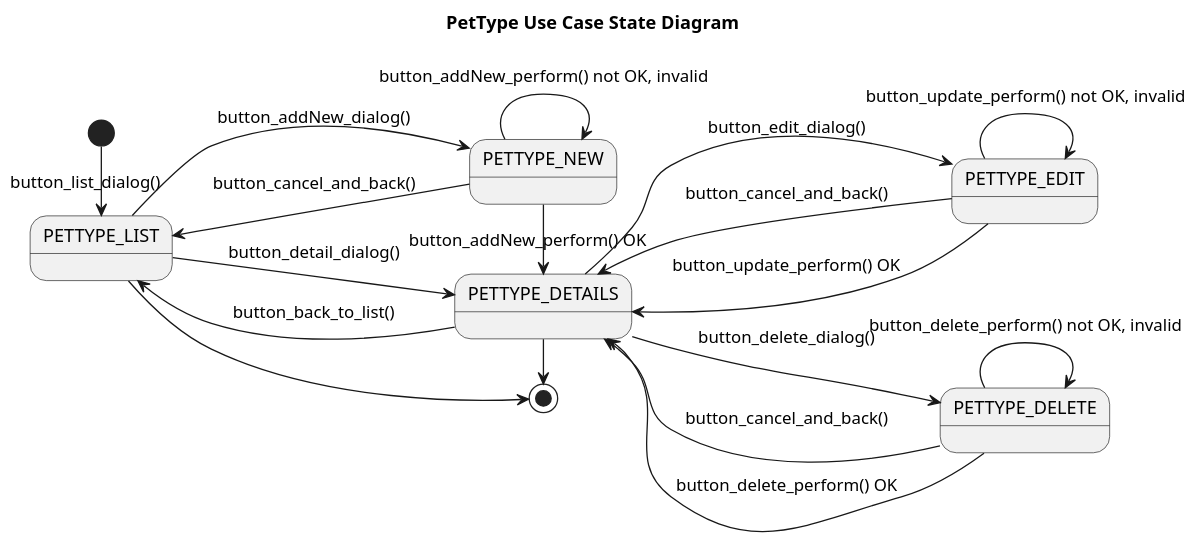
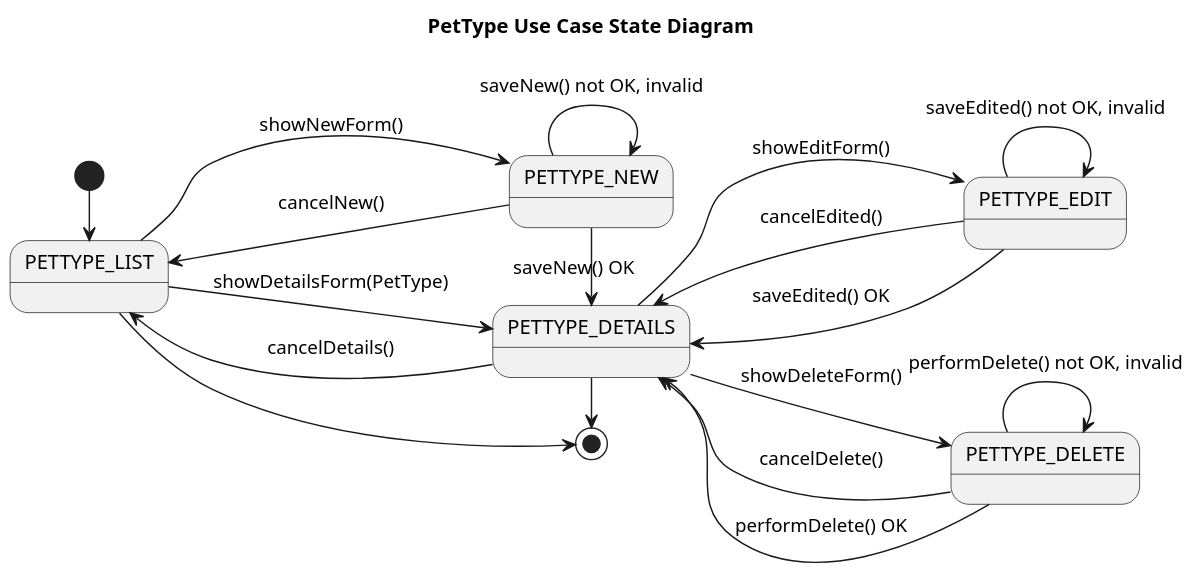
Before and after one commit to Jakarta-EE-Petclinic/petclinic-uml: the diagram in src/main/plantuml/owner/pettype/PetType__UseCase_State.puml, drawn with PlantUML. The commit also changed 4 other files, not shown here.

```diff
--- a/src/main/plantuml/owner/pettype/PetType__UseCase_State.puml
+++ b/src/main/plantuml/owner/pettype/PetType__UseCase_State.puml
@@ -1,41 +1,41 @@
 @startuml
 
 title PetType Use Case State Diagram
 
 'https://plantuml.com/state-diagram
 
 left to right direction
 'top to bottom direction
 
 scale 1200 width
 
-[*] -> PETTYPE_LIST: button_list_dialog()
+[*] -> PETTYPE_LIST
 
-PETTYPE_LIST --> PETTYPE_NEW : button_addNew_dialog()
-PETTYPE_NEW --> PETTYPE_LIST: button_cancel_and_back()
+PETTYPE_LIST --> PETTYPE_NEW : showNewForm()
+PETTYPE_NEW --> PETTYPE_LIST: cancelNew()
 state PETTYPE_NEW {
-    PETTYPE_NEW --> PETTYPE_NEW : button_addNew_perform() not OK, invalid
+    PETTYPE_NEW --> PETTYPE_NEW : saveNew() not OK, invalid
 }
-PETTYPE_NEW -> PETTYPE_DETAILS: button_addNew_perform() OK
+PETTYPE_NEW -> PETTYPE_DETAILS: saveNew() OK
 
-PETTYPE_LIST --> PETTYPE_DETAILS: button_detail_dialog()
-PETTYPE_DETAILS --> PETTYPE_LIST : button_back_to_list()
+PETTYPE_LIST --> PETTYPE_DETAILS: showDetailsForm(PetType)
+PETTYPE_DETAILS --> PETTYPE_LIST : cancelDetails()
 
-PETTYPE_DETAILS --> PETTYPE_EDIT: button_edit_dialog()
-PETTYPE_EDIT --> PETTYPE_DETAILS: button_cancel_and_back()
+PETTYPE_DETAILS --> PETTYPE_EDIT: showEditForm()
+PETTYPE_EDIT --> PETTYPE_DETAILS: cancelEdited()
 state PETTYPE_EDIT {
-    PETTYPE_EDIT --> PETTYPE_EDIT: button_update_perform() not OK, invalid
+    PETTYPE_EDIT --> PETTYPE_EDIT: saveEdited() not OK, invalid
 }
-PETTYPE_EDIT --> PETTYPE_DETAILS: button_update_perform() OK
+PETTYPE_EDIT --> PETTYPE_DETAILS: saveEdited() OK
 
-PETTYPE_DETAILS --> PETTYPE_DELETE: button_delete_dialog()
-PETTYPE_DELETE --> PETTYPE_DETAILS: button_cancel_and_back()
+PETTYPE_DETAILS --> PETTYPE_DELETE: showDeleteForm()
+PETTYPE_DELETE --> PETTYPE_DETAILS: cancelDelete()
 state PETTYPE_DELETE {
-    PETTYPE_DELETE --> PETTYPE_DELETE: button_delete_perform() not OK, invalid
+    PETTYPE_DELETE --> PETTYPE_DELETE: performDelete() not OK, invalid
 }
-PETTYPE_DELETE --> PETTYPE_DETAILS: button_delete_perform() OK
+PETTYPE_DELETE --> PETTYPE_DETAILS: performDelete() OK
 
 PETTYPE_LIST -> [*]
 PETTYPE_DETAILS -> [*]
 
 @enduml
```
